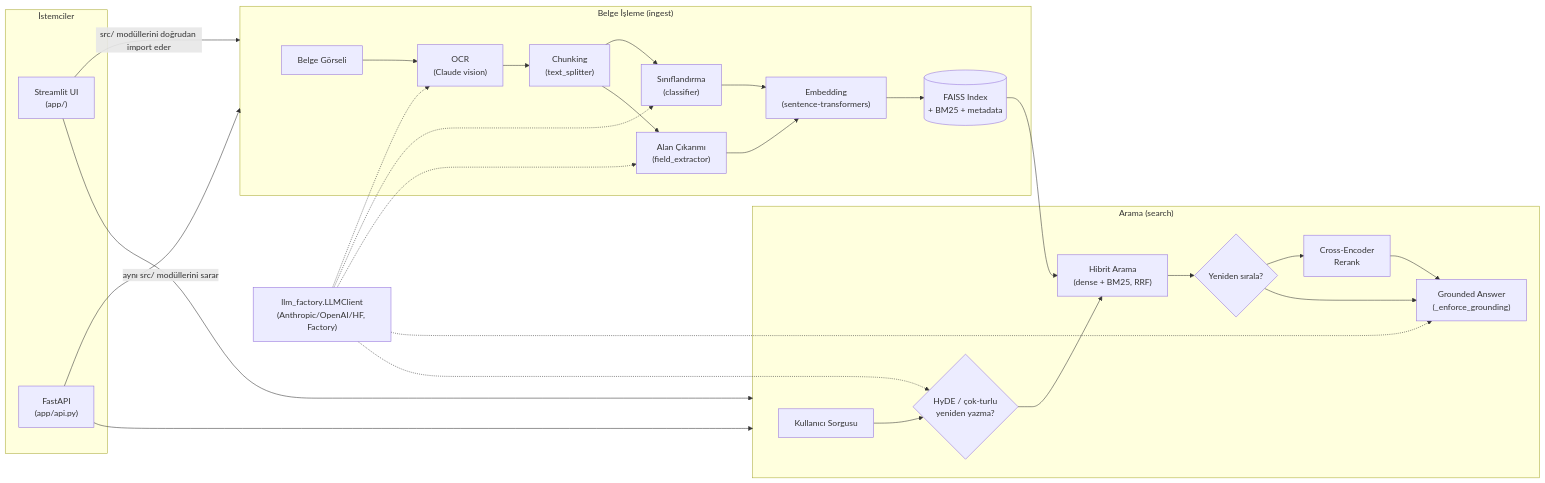
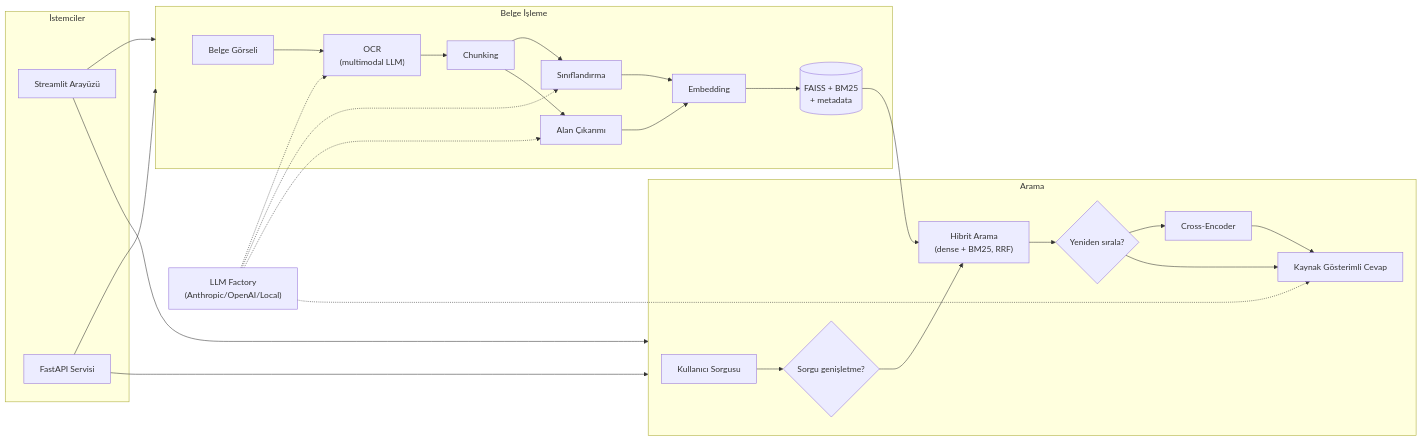
One commit to dila0704/DocuRAG changed the diagram in README.md. Above: the diagram before and after it, drawn with Mermaid. The commit also changed other lines of this file, not shown here.

````diff
--- a/README.md
+++ b/README.md
@@ -22,38 +22,37 @@
 ```mermaid
 flowchart LR
-    subgraph Ingest["Belge İşleme (ingest)"]
-        A[Belge Görseli] --> B["OCR<br/>(Claude vision)"]
-        B --> C["Chunking<br/>(text_splitter)"]
-        C --> D["Sınıflandırma<br/>(classifier)"]
-        C --> E["Alan Çıkarımı<br/>(field_extractor)"]
-        D --> F["Embedding<br/>(sentence-transformers)"]
+    subgraph Ingest["Belge İşleme"]
+        A[Belge Görseli] --> B["OCR<br/>(multimodal LLM)"]
+        B --> C["Chunking"]
+        C --> D["Sınıflandırma"]
+        C --> E["Alan Çıkarımı"]
+        D --> F["Embedding"]
         E --> F
-        F --> G[("FAISS Index<br/>+ BM25 + metadata")]
+        F --> G[("FAISS + BM25<br/>+ metadata")]
     end
 
-    subgraph Retrieval["Arama (search)"]
-        Q[Kullanıcı Sorgusu] --> QR{"HyDE / çok-turlu<br/>yeniden yazma?"}
+    subgraph Retrieval["Arama"]
+        Q[Kullanıcı Sorgusu] --> QR{"Sorgu genişletme?"}
         QR --> H["Hibrit Arama<br/>(dense + BM25, RRF)"]
         G --> H
         H --> RR{"Yeniden sırala?"}
-        RR --> CE["Cross-Encoder<br/>Rerank"]
+        RR --> CE["Cross-Encoder"]
         RR --> ANS
-        CE --> ANS["Grounded Answer<br/>(_enforce_grounding)"]
+        CE --> ANS["Kaynak Gösterimli Cevap"]
     end
 
     subgraph Clients["İstemciler"]
-        ST["Streamlit UI<br/>(app/)"]
-        API["FastAPI<br/>(app/api.py)"]
+        ST["Streamlit Arayüzü"]
+        API["FastAPI Servisi"]
     end
 
-    ST -- "src/ modüllerini doğrudan import eder" --> Ingest
+    ST --> Ingest
     ST --> Retrieval
-    API -- "aynı src/ modüllerini sarar" --> Ingest
+    API --> Ingest
     API --> Retrieval
 
-    LLM["llm_factory.LLMClient<br/>(Anthropic/OpenAI/HF, Factory)"] -.-> B
+    LLM["LLM Factory<br/>(Anthropic/OpenAI/Local)"] -.-> B
     LLM -.-> D
     LLM -.-> E
     LLM -.-> ANS
-    LLM -.-> QR
 ```
````
